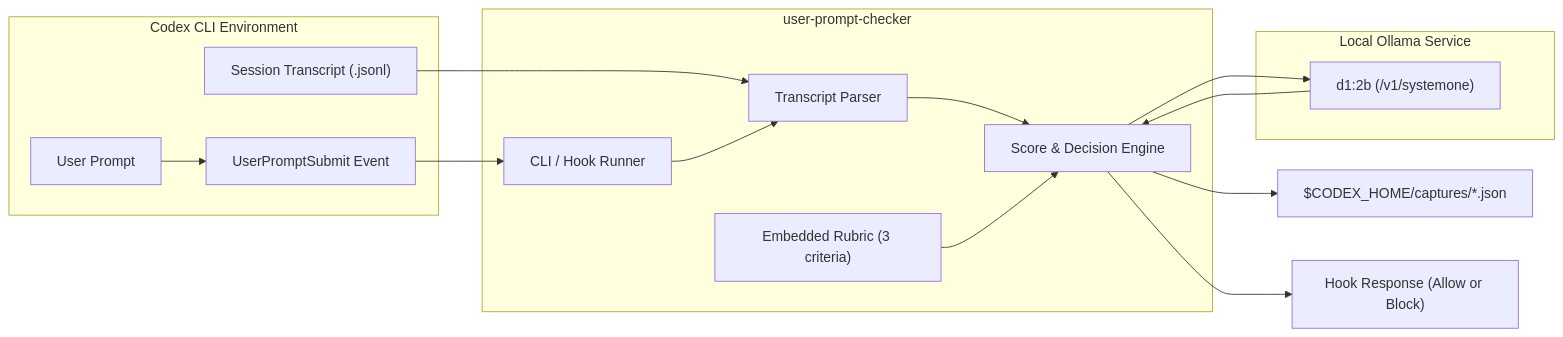
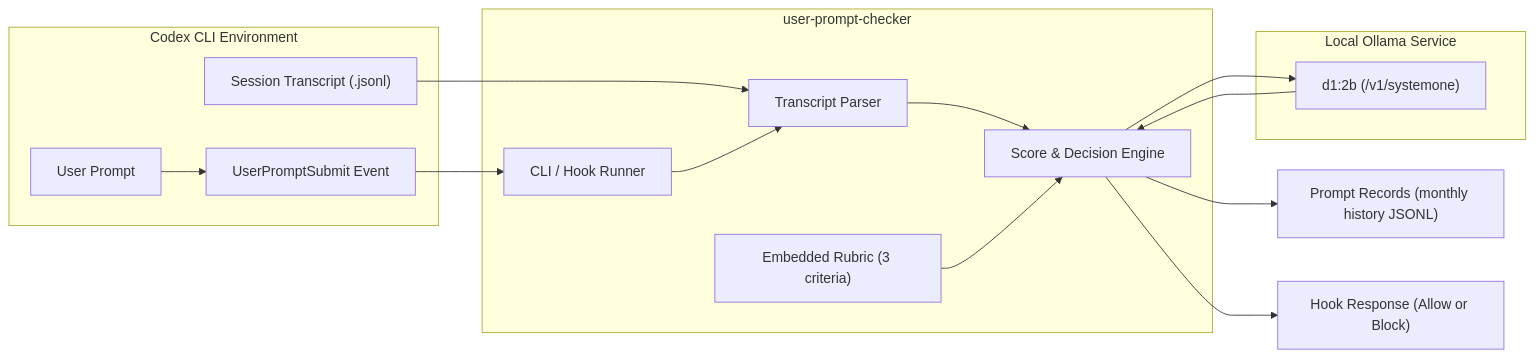
Before and after one commit to tyPhoon-collab/user-prompt-checker: the first of 2 diagrams in README.md, drawn with Mermaid. The commit also changed other lines of this file, not shown here.

````diff
--- a/README.md
+++ b/README.md
@@ -74,28 +74,28 @@
 ```mermaid
 flowchart LR
     subgraph Codex["Codex CLI Environment"]
         User["User Prompt"] --> HookEvent["UserPromptSubmit Event"]
         Transcript["Session Transcript (.jsonl)"]
     end
 
     subgraph UPC["user-prompt-checker"]
         CLI["CLI / Hook Runner"]
         Parser["Transcript Parser"]
         Rubric["Embedded Rubric (3 criteria)"]
         Engine["Score & Decision Engine"]
     end
 
     subgraph Ollama["Local Ollama Service"]
         Model["d1:2b (/v1/systemone)"]
     end
 
     HookEvent --> CLI
     Transcript --> Parser
     CLI --> Parser
     Parser --> Engine
     Rubric --> Engine
     Engine --> Model
     Model --> Engine
-    Engine --> Capture["$CODEX_HOME/captures/*.json"]
+    Engine --> History["Prompt Records (monthly history JSONL)"]
     Engine --> HookOutput["Hook Response (Allow or Block)"]
 ```
````
